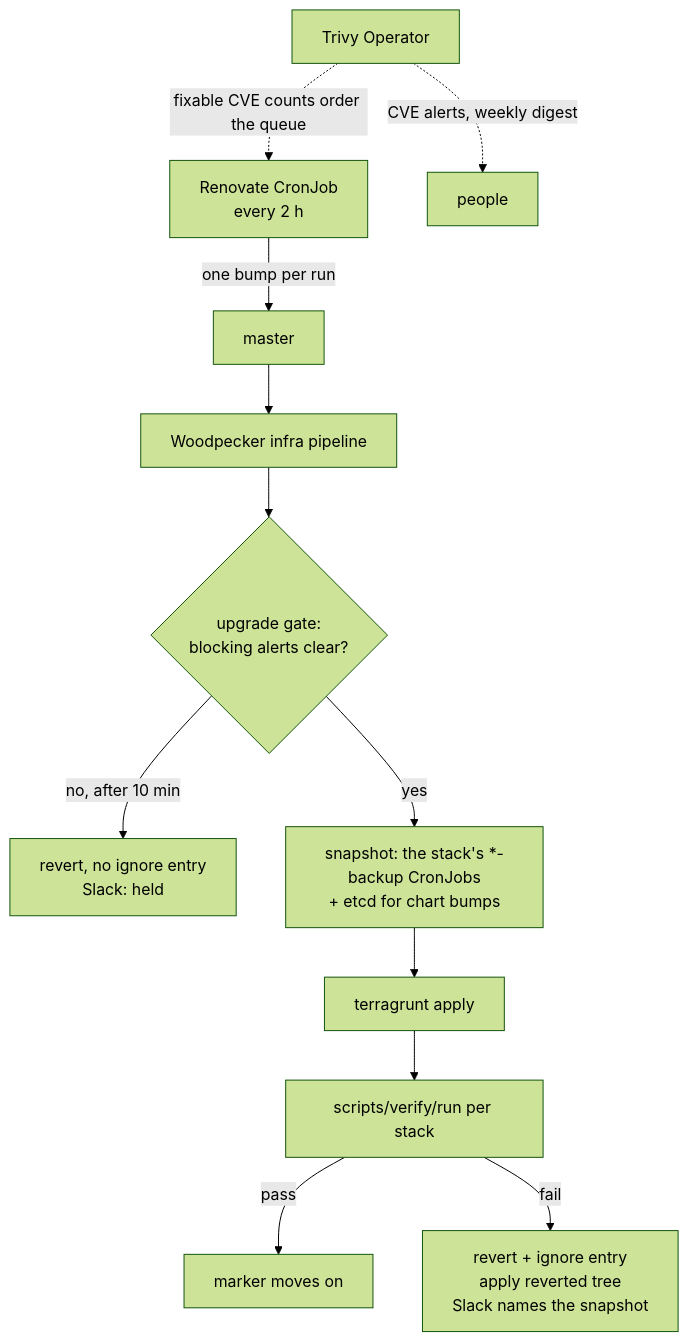
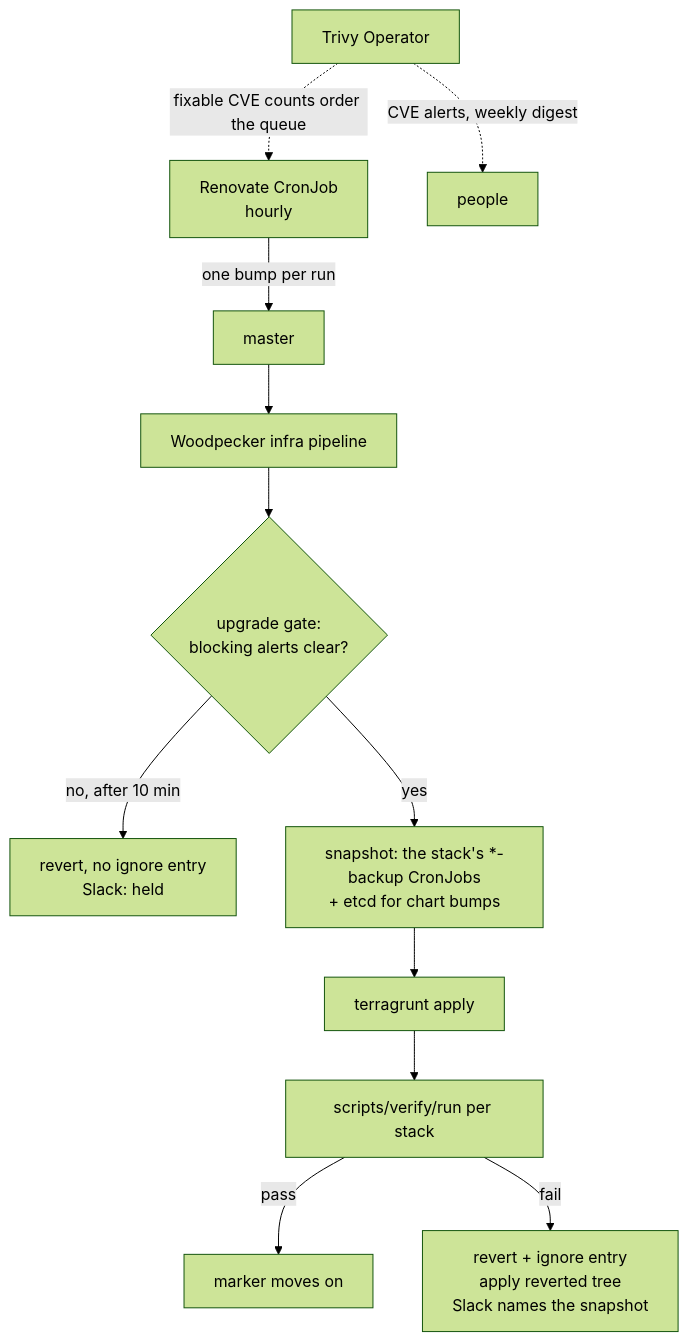
One commit to ViktorBarzin/infra changed the diagram in docs/architecture/automated-upgrades.md. Above: the diagram before and after it, drawn with Mermaid (forest theme). The commit also changed other lines of this file and 4 other files, not shown here.

First line of the commit message:
renovate: run the infra job hourly

````diff
--- a/docs/architecture/automated-upgrades.md
+++ b/docs/architecture/automated-upgrades.md
@@ -24,14 +24,14 @@
 ```mermaid
 flowchart TD
-  R[Renovate CronJob<br/>every 2 h] -->|one bump per run| M[master]
+  R[Renovate CronJob<br/>hourly] -->|one bump per run| M[master]
   M --> P[Woodpecker infra pipeline]
   P --> G{upgrade gate:<br/>blocking alerts clear?}
   G -->|no, after 10 min| H[revert, no ignore entry<br/>Slack: held]
   G -->|yes| S[snapshot: the stack's *-backup CronJobs<br/>+ etcd for chart bumps]
   S --> A[terragrunt apply]
   A --> V[scripts/verify/run per stack]
   V -->|pass| OK[marker moves on]
   V -->|fail| F[revert + ignore entry<br/>apply reverted tree<br/>Slack names the snapshot]
   T[Trivy Operator] -.->|CVE alerts, weekly digest| HUM[people]
   T -.->|fixable CVE counts order the queue| R
 ```
````
